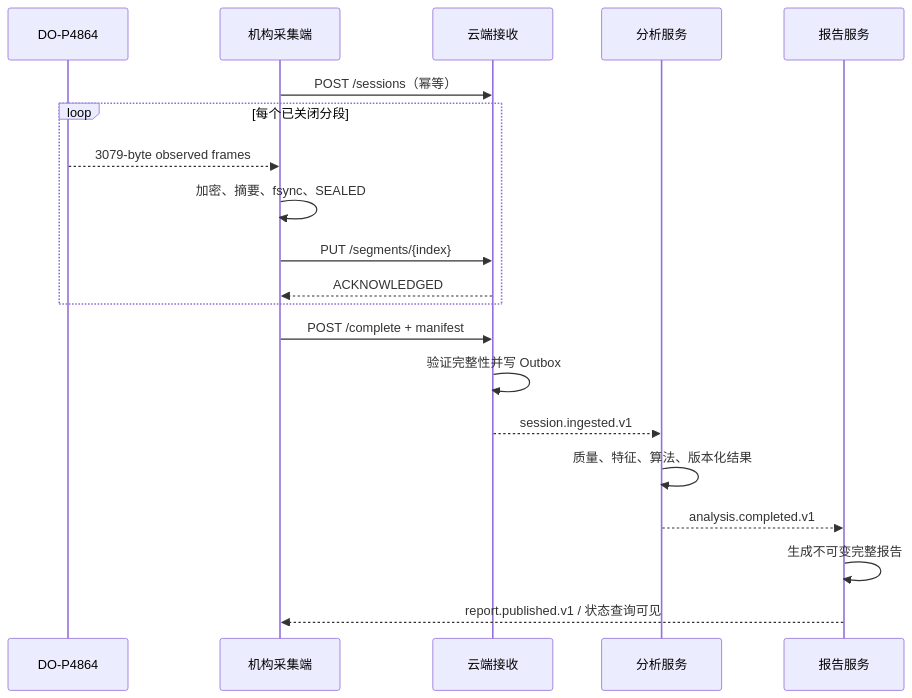
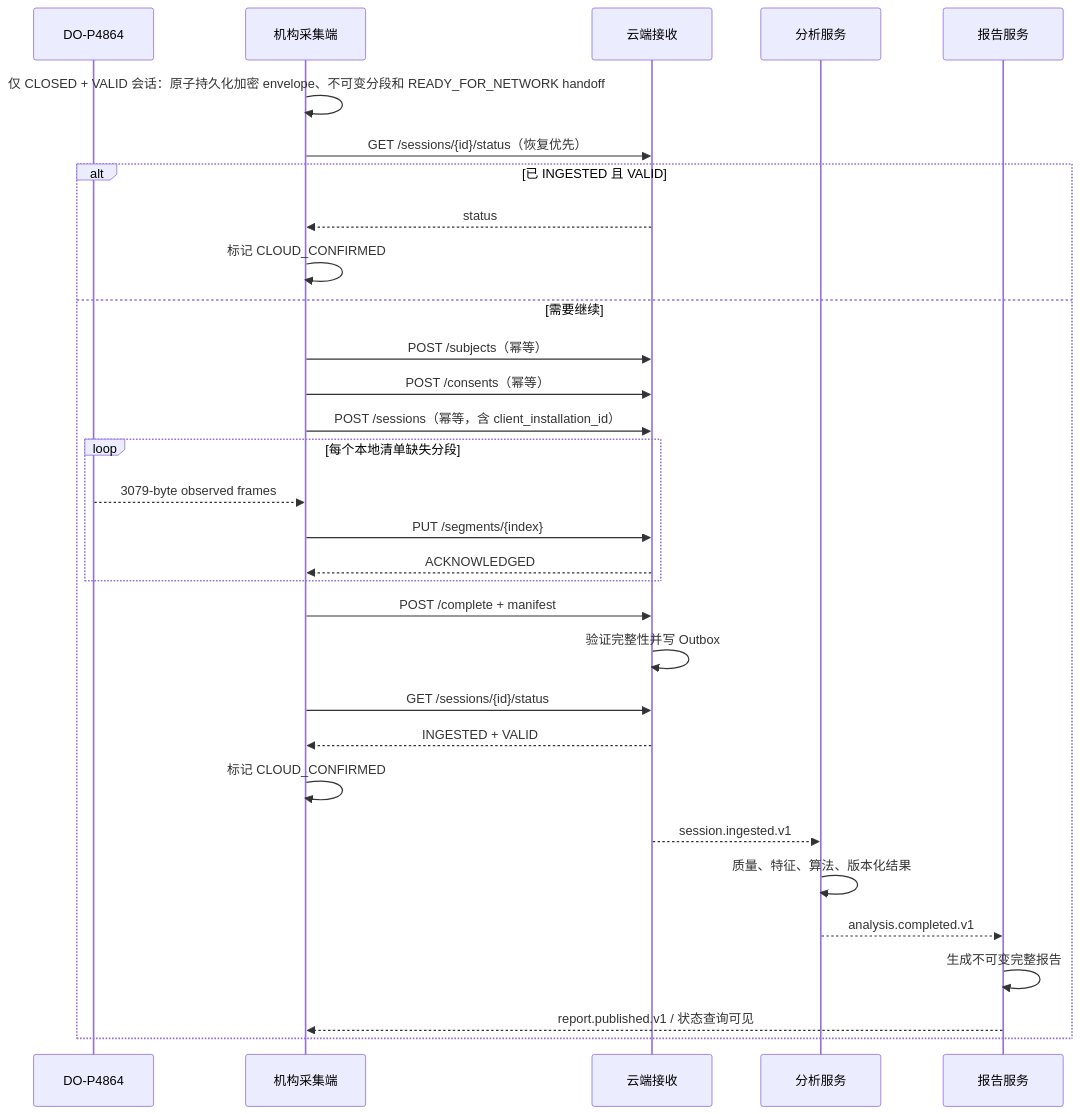
Before and after one commit to RGu0/feet-force-plate: the second of 3 diagrams in docs/通信接口设计文档.md, drawn with Mermaid. The commit also changed other lines of this file and 1 other file, not shown here.

````diff
--- a/docs/通信接口设计文档.md
+++ b/docs/通信接口设计文档.md
@@ -698,22 +709,33 @@
 ```mermaid
 sequenceDiagram
     participant D as DO-P4864
     participant C as 机构采集端
     participant I as 云端接收
     participant A as 分析服务
     participant R as 报告服务
-    C->>I: POST /sessions（幂等）
-    loop 每个已关闭分段
+    C->>C: 仅 CLOSED + VALID 会话：原子持久化加密 envelope、不可变分段和 READY_FOR_NETWORK handoff
+    C->>I: GET /sessions/{id}/status（恢复优先）
+    alt 已 INGESTED 且 VALID
+        I-->>C: status
+        C->>C: 标记 CLOUD_CONFIRMED
+    else 需要继续
+        C->>I: POST /subjects（幂等）
+        C->>I: POST /consents（幂等）
+        C->>I: POST /sessions（幂等，含 client_installation_id）
+    loop 每个本地清单缺失分段
         D-->>C: 3079-byte observed frames
-        C->>C: 加密、摘要、fsync、SEALED
         C->>I: PUT /segments/{index}
         I-->>C: ACKNOWLEDGED
     end
     C->>I: POST /complete + manifest
     I->>I: 验证完整性并写 Outbox
+    C->>I: GET /sessions/{id}/status
+    I-->>C: INGESTED + VALID
+    C->>C: 标记 CLOUD_CONFIRMED
     I-->>A: session.ingested.v1
     A->>A: 质量、特征、算法、版本化结果
     A-->>R: analysis.completed.v1
     R->>R: 生成不可变完整报告
     R-->>C: report.published.v1 / 状态查询可见
+    end
 ```
````
